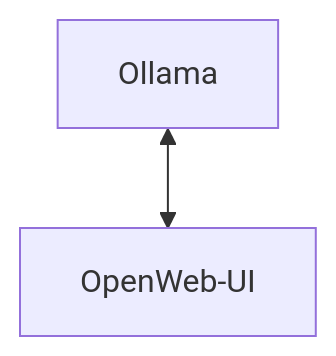
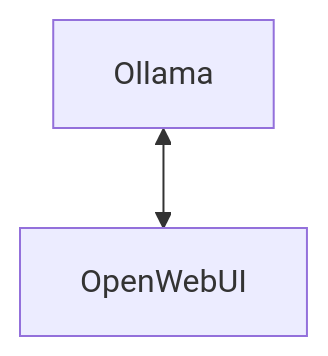
Before and after one commit to iconnext/iconnext.mygpt: the diagram in README.md, drawn with Mermaid.

````diff
--- a/README.md
+++ b/README.md
@@ -2,4 +2,4 @@
 ```mermaid
 graph TD;
-Ollama <--> OpenWeb-UI;
+Ollama <--> OpenWebUI;
 ```
````
